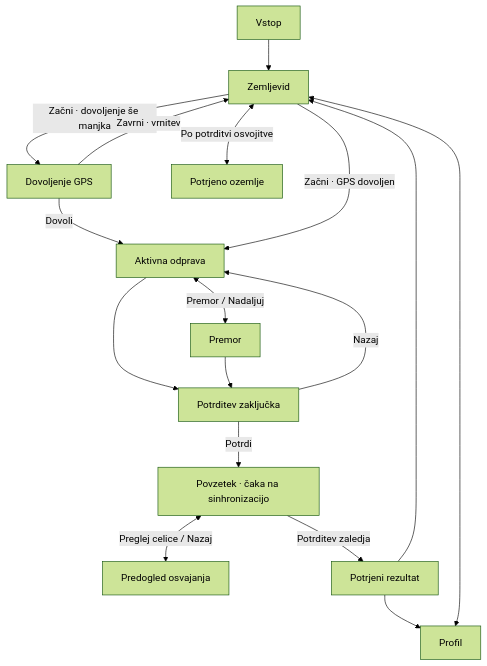
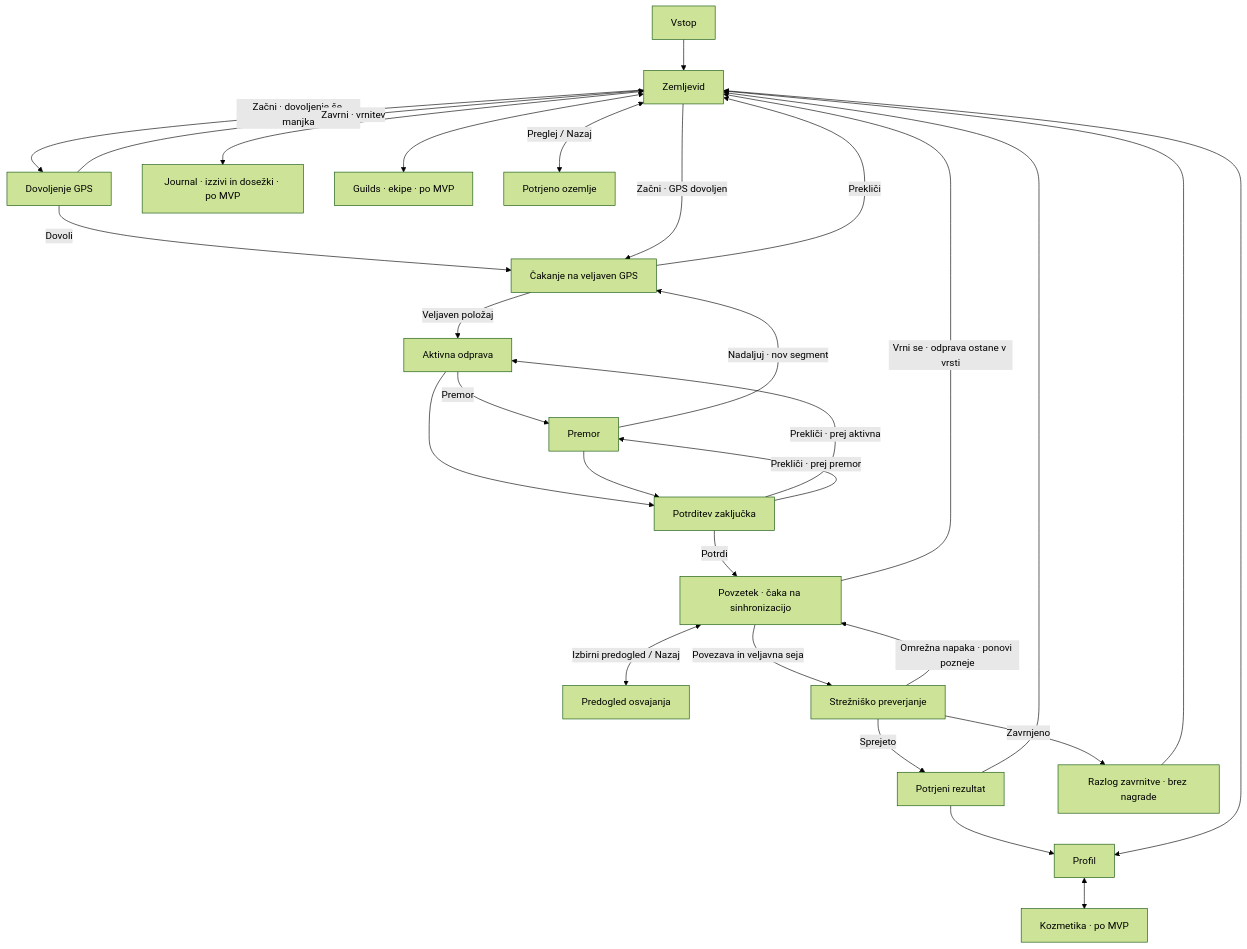
Before and after one commit to kihecpihec/wayborn: the second of 2 diagrams in dokumentacija/02-scenariji.md, drawn with Mermaid (forest theme). The commit also changed other lines of this file and 6 other files, not shown here.

Commit message:
Uskladi diagrame uporabe in navigacije ter dodaj slikovne izvoze

````diff
--- a/dokumentacija/02-scenariji.md
+++ b/dokumentacija/02-scenariji.md
@@ -41,19 +54,31 @@
 ```mermaid
 flowchart TD
     A["Vstop"] --> M["Zemljevid"]
     M -->|"Začni · dovoljenje še manjka"| G["Dovoljenje GPS"]
     G -->|"Zavrni · vrnitev"| M
-    G -->|"Dovoli"| W["Aktivna odprava"]
-    M -->|"Začni · GPS dovoljen"| W
-    W <-->|"Premor / Nadaljuj"| P["Premor"]
+    G -->|"Dovoli"| V["Čakanje na veljaven GPS"]
+    M -->|"Začni · GPS dovoljen"| V
+    V -->|"Veljaven položaj"| W["Aktivna odprava"]
+    V -->|"Prekliči"| M
+    W -->|"Premor"| P["Premor"]
+    P -->|"Nadaljuj · nov segment"| V
     W --> E["Potrditev zaključka"]
     P --> E
-    E -->|"Nazaj"| W
+    E -->|"Prekliči · prej aktivna"| W
+    E -->|"Prekliči · prej premor"| P
     E -->|"Potrdi"| R["Povzetek · čaka na sinhronizacijo"]
-    R <-->|"Preglej celice / Nazaj"| T["Predogled osvajanja"]
-    R -->|"Potrditev zaledja"| C["Potrjeni rezultat"]
+    R <-->|"Izbirni predogled / Nazaj"| T["Predogled osvajanja"]
+    R -->|"Vrni se · odprava ostane v vrsti"| M
+    R -->|"Povezava in veljavna seja"| S["Strežniško preverjanje"]
+    S -->|"Omrežna napaka · ponovi pozneje"| R
+    S -->|"Sprejeto"| C["Potrjeni rezultat"]
+    S -->|"Zavrnjeno"| X["Razlog zavrnitve · brez nagrade"]
+    X --> M
     C --> M
     C --> F["Profil"]
     M <--> F
-    M <-->|"Po potrditvi osvojitve"| O["Potrjeno ozemlje"]
+    M <--> J["Journal · izzivi in dosežki · po MVP"]
+    M <--> K["Guilds · ekipe · po MVP"]
+    F <--> H["Kozmetika · po MVP"]
+    M <-->|"Preglej / Nazaj"| O["Potrjeno ozemlje"]
 ```
````
